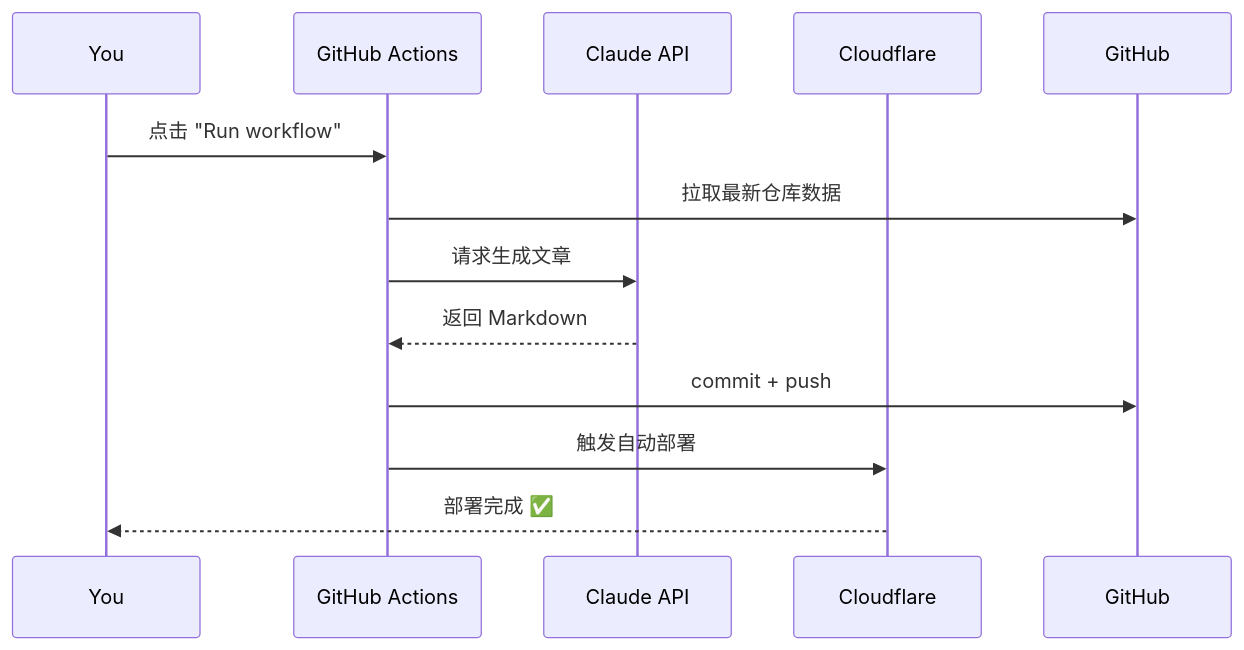
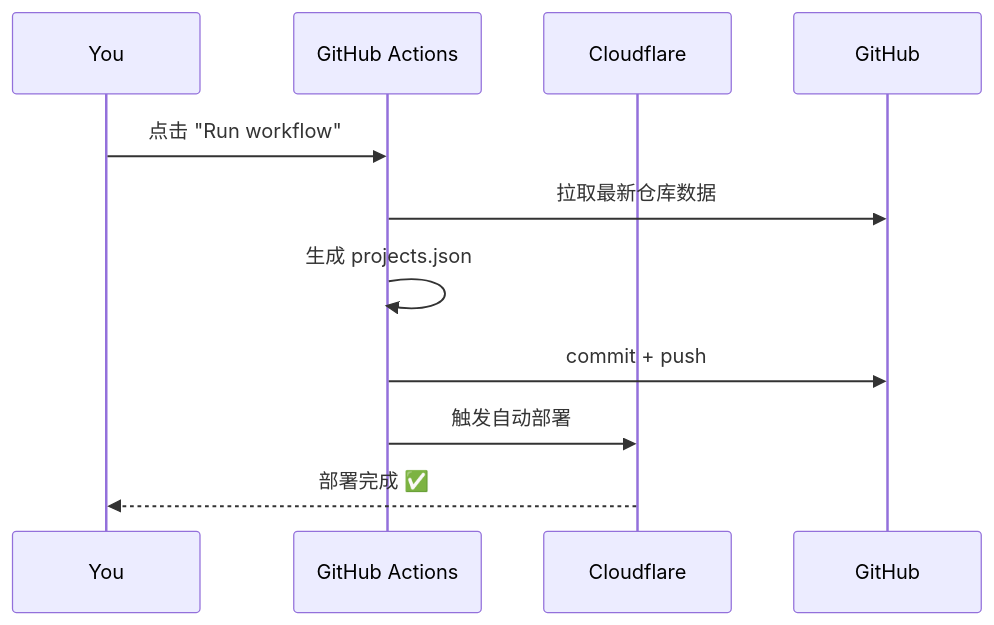
The diagram in README.md (Galileo01/github-blog), drawn with Mermaid before and after one commit. The commit also changed other lines of this file and 8 other files, not shown here.

````diff
--- a/README.md
+++ b/README.md
@@ -147,15 +153,13 @@
 ```mermaid
 sequenceDiagram
     participant You
     participant GitHub Actions
-    participant Claude API
     participant Cloudflare
 
     You->>GitHub Actions: 点击 "Run workflow"
     GitHub Actions->>GitHub: 拉取最新仓库数据
-    GitHub Actions->>Claude API: 请求生成文章
-    Claude API-->>GitHub Actions: 返回 Markdown
+    GitHub Actions->>GitHub Actions: 生成 projects.json
     GitHub Actions->>GitHub: commit + push
     GitHub Actions->>Cloudflare: 触发自动部署
     Cloudflare-->>You: 部署完成 ✅
 ```
````
